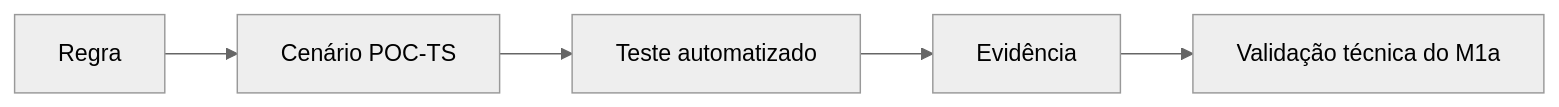
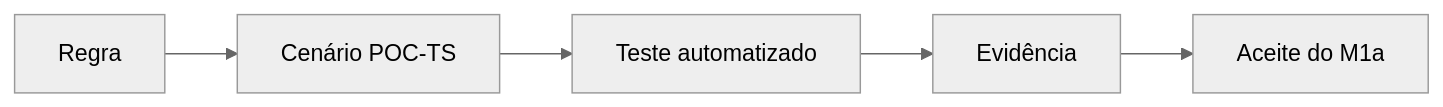
Diagram 16 of 35 in README.md (ailtonfv/governanca-lgpd-hortolandia), drawn with Mermaid (neutral theme) before and after one commit. The commit also changed other lines of this file and 6 other files, not shown here.

````diff
--- a/README.md
+++ b/README.md
@@ -717,7 +717,7 @@
 ```mermaid
 flowchart LR
     R["Regra"] --> C["Cenário POC-TS"]
     C --> A["Teste automatizado"]
     A --> E["Evidência"]
-    E --> V["Validação técnica do M1a"]
+    E --> V["Aceite do M1a"]
 ```
````
